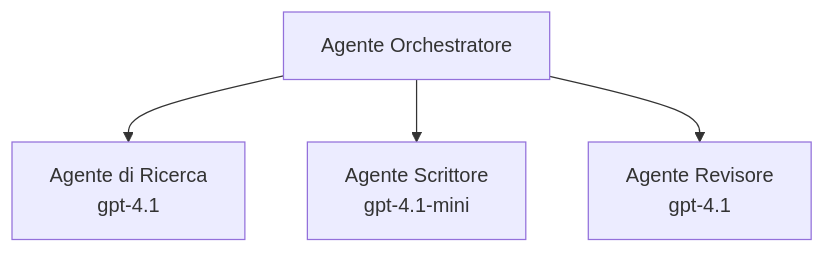
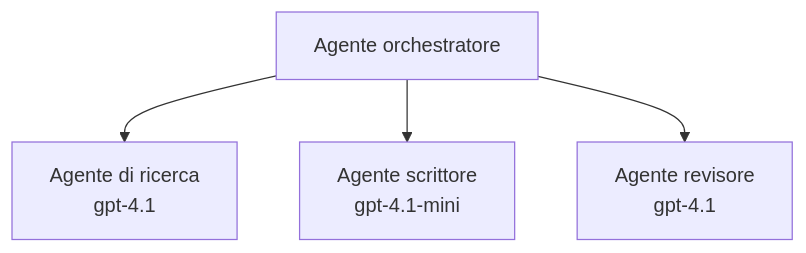
Before and after one commit to microsoft/AZD-for-beginners: the third of 3 diagrams in translations/it/docs/chapter-02-ai-development/agents.md, drawn with Mermaid. The commit also changed other lines of this file and 61 other files, not shown here.

````diff
--- a/translations/it/docs/chapter-02-ai-development/agents.md
+++ b/translations/it/docs/chapter-02-ai-development/agents.md
@@ -201,6 +201,6 @@
 ```mermaid
 graph TD
-    Orchestrator[Agente Orchestratore] --> Research[Agente di Ricerca<br/>gpt-4.1]
-    Orchestrator --> Writer[Agente Scrittore<br/>gpt-4.1-mini]
-    Orchestrator --> Reviewer[Agente Revisore<br/>gpt-4.1]
+    Orchestrator[Agente orchestratore] --> Research[Agente di ricerca<br/>gpt-4.1]
+    Orchestrator --> Writer[Agente scrittore<br/>gpt-4.1-mini]
+    Orchestrator --> Reviewer[Agente revisore<br/>gpt-4.1]
 ```
````
